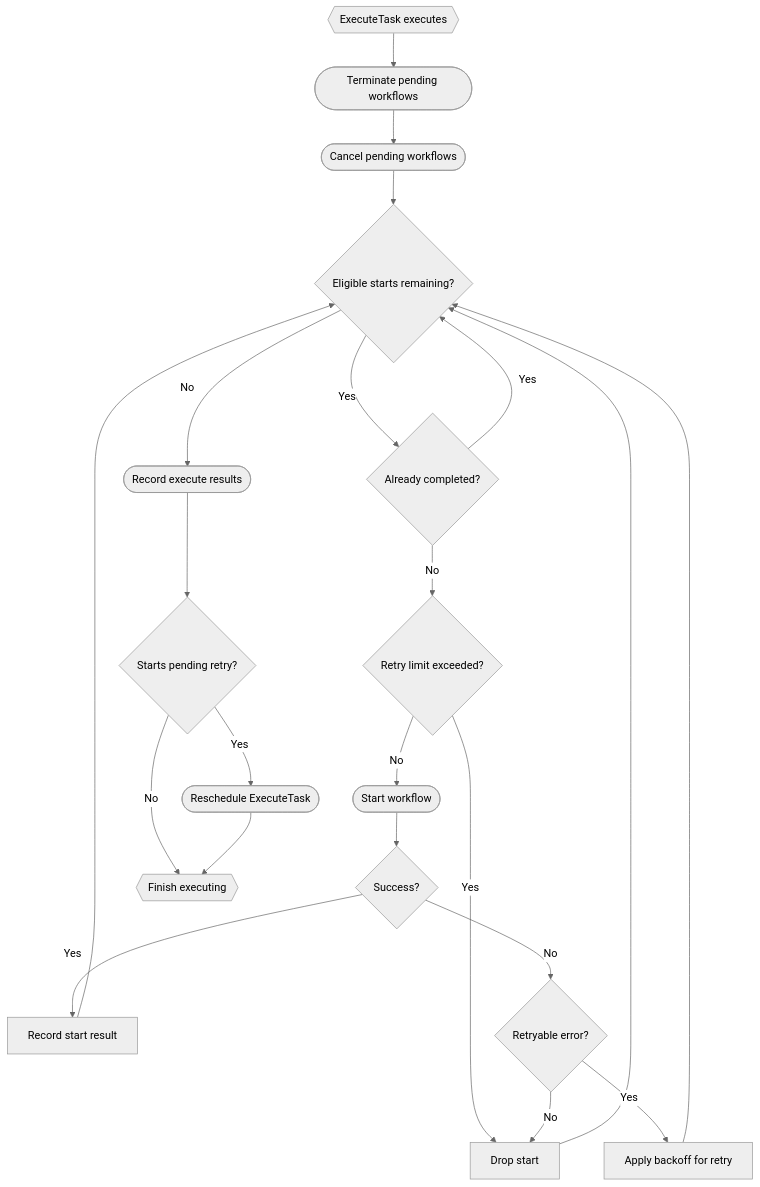
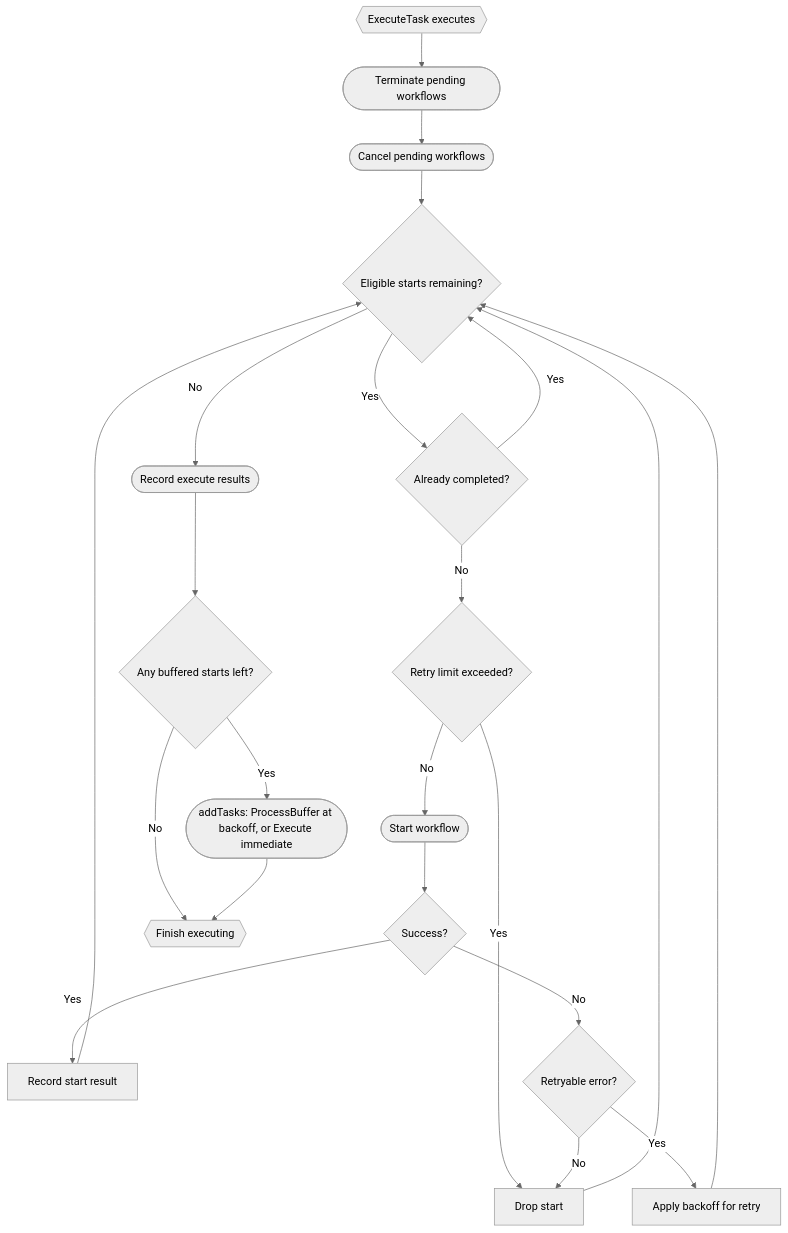
The seventh of 9 diagrams in docs/architecture/schedules.md (temporalio/temporal), drawn with Mermaid (neutral theme) before and after one commit. The commit also changed other lines of this file and 15 other files, not shown here.

````diff
--- a/docs/architecture/schedules.md
+++ b/docs/architecture/schedules.md
@@ -244,41 +245,41 @@
 ```mermaid
 flowchart TD
     A{{ExecuteTask executes}}
     B([Terminate pending workflows])
     C([Cancel pending workflows])
     D{Eligible starts remaining?}
     E{Already completed?}
     F{Retry limit exceeded?}
     G([Start workflow])
     H{Success?}
     I[Record start result]
     J{Retryable error?}
     K[Apply backoff for retry]
     L[Drop start]
     M([Record execute results])
-    N{Starts pending retry?}
-    O([Reschedule ExecuteTask])
+    N{Any buffered starts left?}
+    O([addTasks: ProcessBuffer at backoff, or Execute immediate])
     P{{Finish executing}}
 
     A --> B
     B --> C
     C --> D
     D -->|Yes| E
     D -->|No| M
     E -->|Yes| D
     E -->|No| F
     F -->|Yes| L
     F -->|No| G
     G --> H
     H -->|Yes| I
     H -->|No| J
     I --> D
     J -->|Yes| K
     J -->|No| L
     K --> D
     L --> D
     M --> N
     N -->|Yes| O
     N -->|No| P
     O --> P
 ```
````
